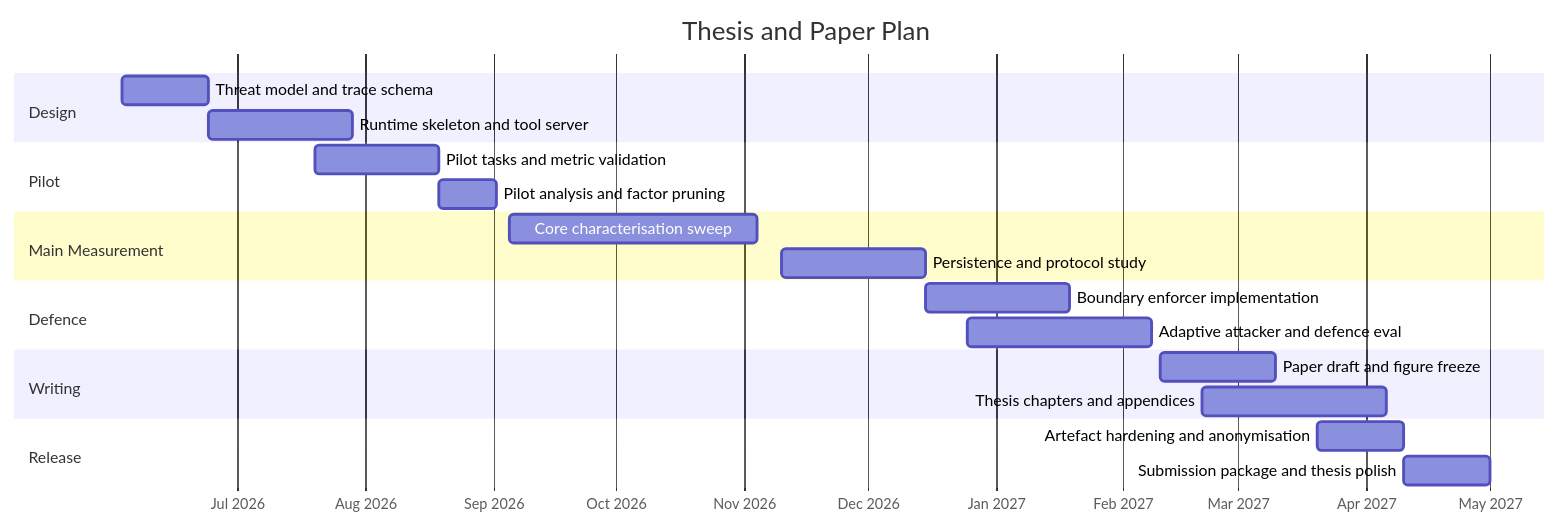
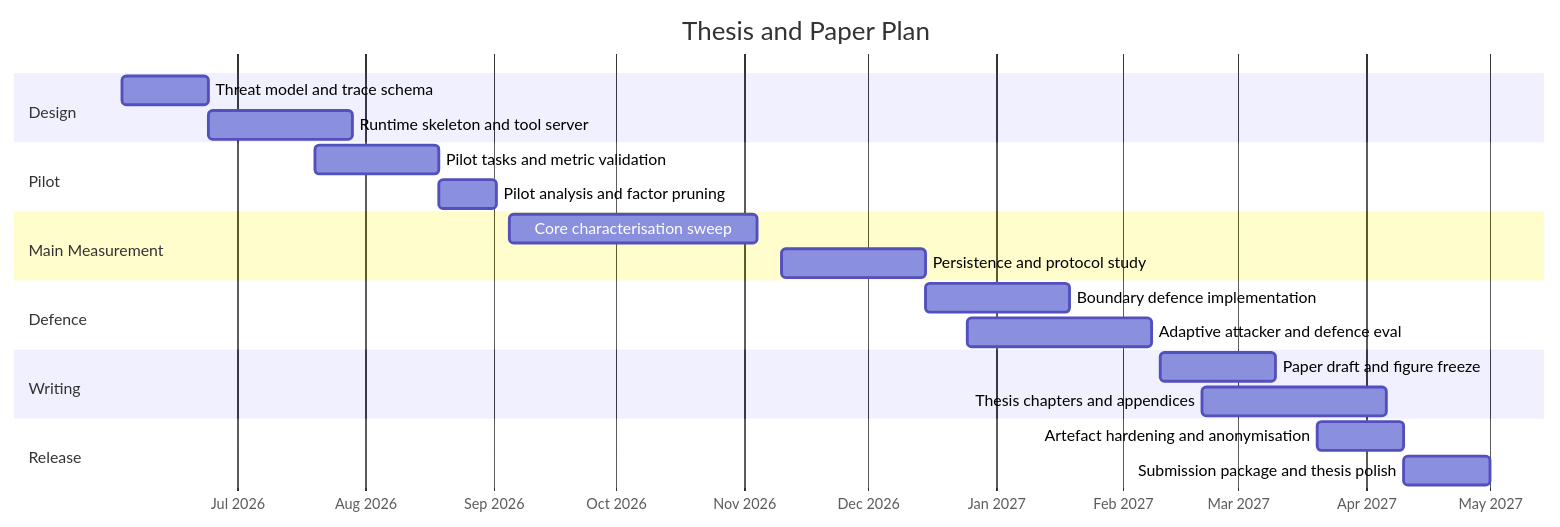
Before and after one commit to YuTungLam/Tool-Output-Injection-Attacks-on-Agentic-AI-Systems: the second of 2 diagrams in README.md, drawn with Mermaid. The commit also changed other lines of this file, not shown here.

````diff
--- a/README.md
+++ b/README.md
@@ -433,30 +431,30 @@
 ```mermaid
 gantt
     title Thesis and Paper Plan
     dateFormat  YYYY-MM-DD
     axisFormat  %b %Y
 
     section Design
     Threat model and trace schema          :a1, 2026-06-03, 21d
     Runtime skeleton and tool server       :a2, after a1, 35d
 
     section Pilot
     Pilot tasks and metric validation      :b1, 2026-07-20, 30d
     Pilot analysis and factor pruning      :b2, after b1, 14d
 
     section Main Measurement
     Core characterisation sweep            :c1, 2026-09-05, 60d
     Persistence and protocol study         :c2, 2026-11-10, 35d
 
     section Defence
-    Boundary enforcer implementation       :d1, 2026-12-15, 35d
+    Boundary defence implementation       :d1, 2026-12-15, 35d
     Adaptive attacker and defence eval     :d2, 2026-12-25, 45d
 
     section Writing
     Paper draft and figure freeze          :e1, 2027-02-10, 28d
     Thesis chapters and appendices         :e2, 2027-02-20, 45d
 
     section Release
     Artefact hardening and anonymisation   :f1, 2027-03-20, 21d
     Submission package and thesis polish   :f2, after f1, 21d
 ```
````
